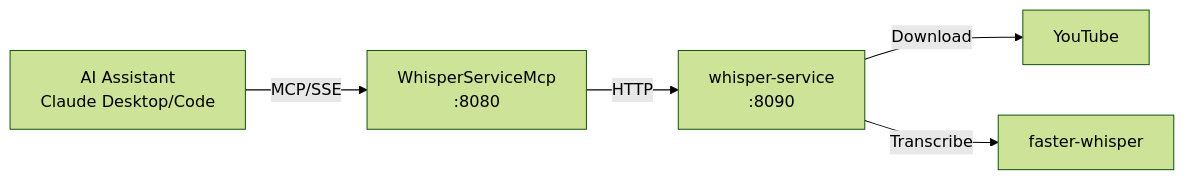
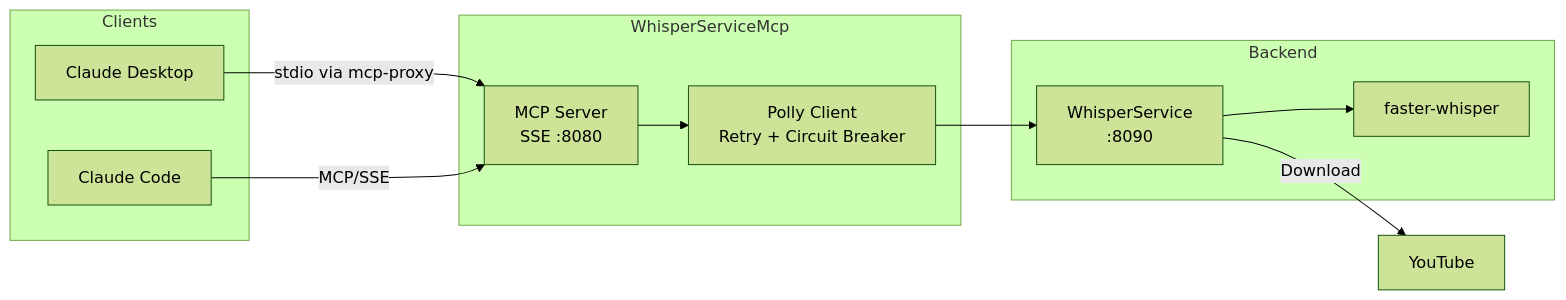
The diagram in WhisperServiceMcp/README.md (jpansarasa/ATLAS-Docs), drawn with Mermaid (forest theme) before and after one commit. The commit also changed other lines of this file and 17 other files, not shown here.

````diff
--- a/WhisperServiceMcp/README.md
+++ b/WhisperServiceMcp/README.md
@@ -11,7 +11,22 @@
 ```mermaid
 flowchart LR
-    AI[AI Assistant<br/>Claude Desktop/Code] -->|MCP/SSE| MCP[WhisperServiceMcp<br/>:8080]
-    MCP -->|HTTP| WS[whisper-service<br/>:8090]
+    subgraph Clients
+        CD[Claude Desktop]
+        CC[Claude Code]
+    end
+
+    subgraph WhisperServiceMcp
+        MCP[MCP Server<br/>SSE :8080]
+        PC[Polly Client<br/>Retry + Circuit Breaker]
+    end
+
+    subgraph Backend
+        WS[WhisperService<br/>:8090]
+        W[faster-whisper]
+    end
+
+    CD -->|stdio via mcp-proxy| MCP
+    CC -->|MCP/SSE| MCP
+    MCP --> PC --> WS --> W
     WS -->|Download| YT[YouTube]
-    WS -->|Transcribe| Whisper[faster-whisper]
 ```
````
